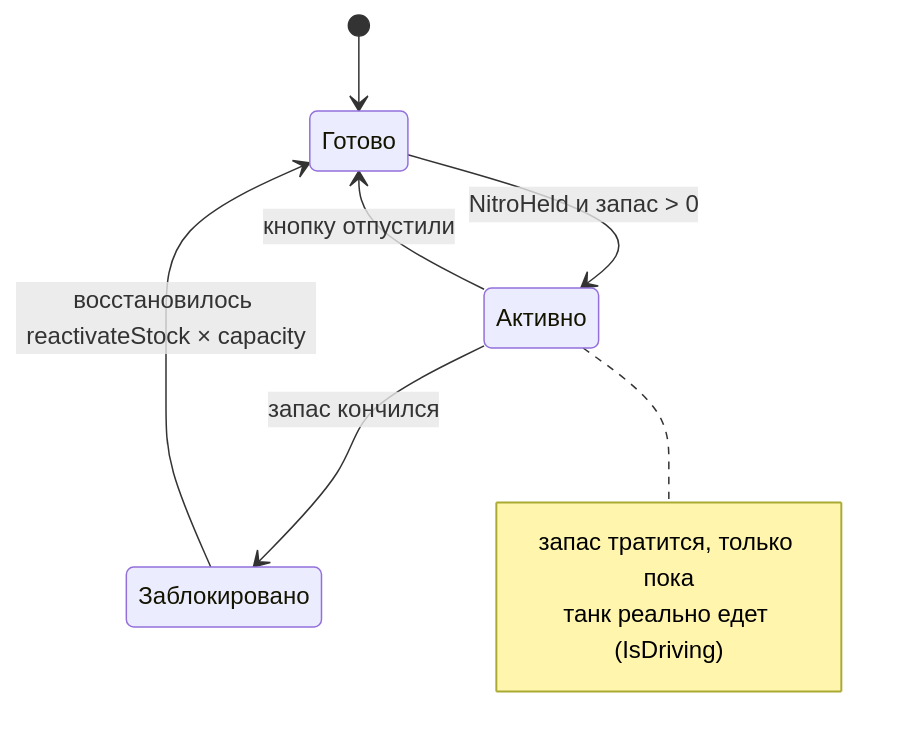
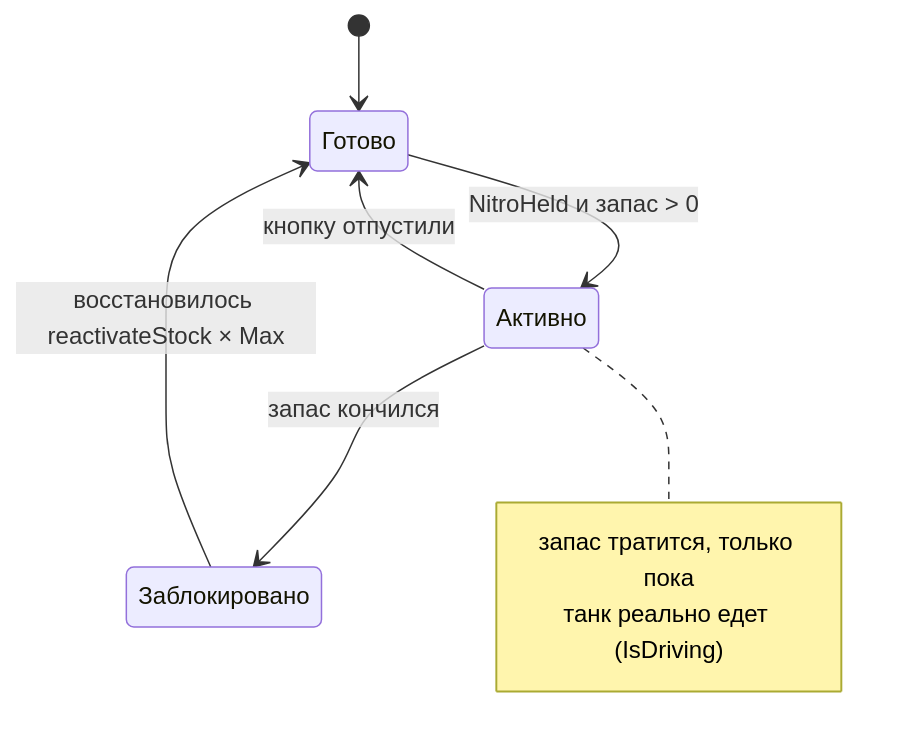
Before and after one commit to niikage7/burmalda-gamejam: the second of 2 diagrams in Documentation/articles/tank.md, drawn with Mermaid. The commit also changed other lines of this file and 33 other files, not shown here.

````diff
--- a/Documentation/articles/tank.md
+++ b/Documentation/articles/tank.md
@@ -53,12 +92,12 @@
 ```mermaid
 stateDiagram-v2
     [*] --> Готово
     Готово --> Активно: NitroHeld и запас > 0
     Активно --> Готово: кнопку отпустили
     Активно --> Заблокировано: запас кончился
-    Заблокировано --> Готово: восстановилось reactivateStock × capacity
+    Заблокировано --> Готово: восстановилось reactivateStock × Max
     note right of Активно
         запас тратится, только пока
         танк реально едет (IsDriving)
     end note
 ```
````
